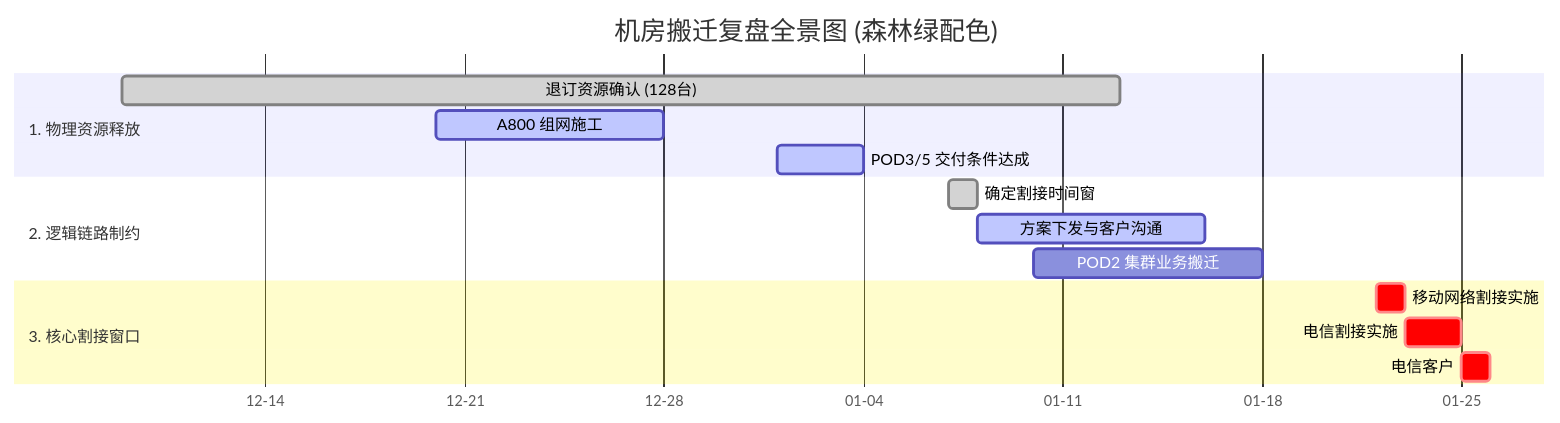
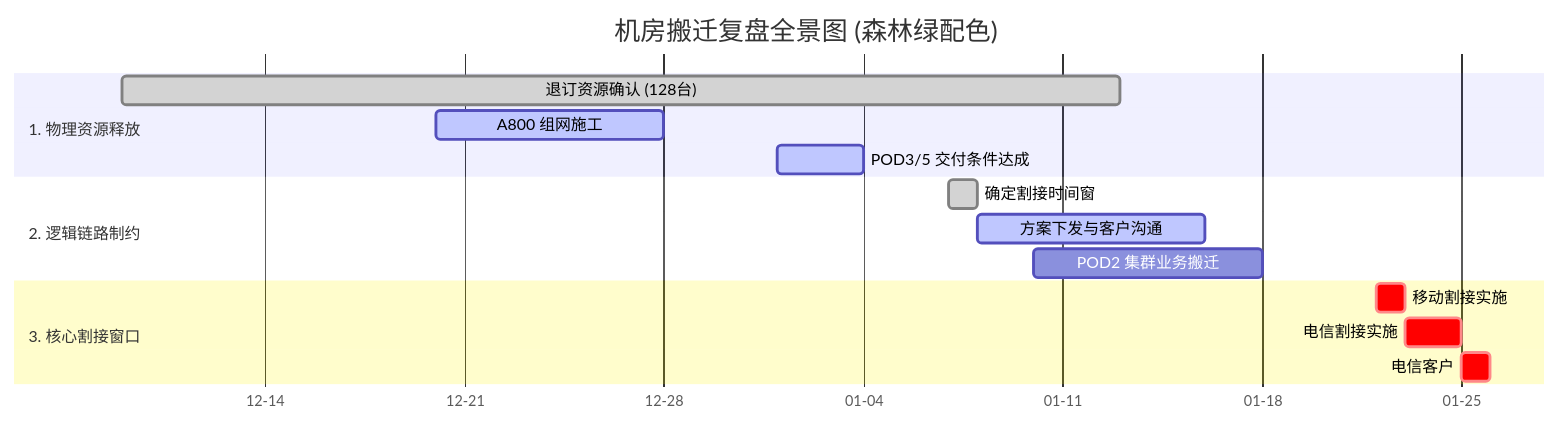
One commit to lasonlixin/iodraw-files changed the diagram in all/未命名.md. Above: the diagram before and after it, drawn with Mermaid.

Commit message:
2026-02-03 10:55:05 update

````diff
--- a/all/未命名.md
+++ b/all/未命名.md
@@ -1,45 +1,45 @@
 ```mermaid
 %%{init: {
   'theme': 'base',
   'themeVariables': {
     'fontFamily': 'arial, sans-serif',
     'fontSize': '14px',
     /* 全局背景与文字 */
     'primaryColor': '#c8e6c9',
     'primaryTextColor': '#1b5e20',
     'primaryBorderColor': '#81c784',
     /* 已完成任务（浅绿） */
     'doneSectionBkgColor': '#f1f8e9',
     'doneSectionBorderColor': '#c5e1a5',
     /* 进行中/活动任务（翠绿） */
     'activeSectionBkgColor': '#a5d6a7',
     'activeSectionBorderColor': '#66bb6a',
     /* 关键路径/核心割接（深绿 - 保证文字对比度） */
     'critSectionBkgColor': '#2e7d32',
     'critSectionBorderColor': '#1b5e20',
     'critTextColor': '#ffffff',
     /* 连线与轴 */
     'lineColor': '#4caf50',
     'gridColor': '#e8f5e9'
   }
 }}%%
 gantt
     title 机房搬迁复盘全景图 (森林绿配色)
     dateFormat  YYYY-MM-DD
     axisFormat %m-%d
 
     section 1. 物理资源释放
     退订资源确认 (128台)           :done, a1, 2025-12-09, 2026-01-13
     A800 组网施工                 :active, a2, 2025-12-20, 2025-12-28
     POD3/5 交付条件达成            :active, a3, 2026-01-01, 2026-01-04
 
     section 2. 逻辑链路制约
     确定割接时间窗                :done, b1, 2026-01-07, 1d
     方案下发与客户沟通            :active, b2, 2026-01-08, 2026-01-16
     POD2 集群业务搬迁             :b3, 2026-01-10, 2026-01-18
 
     section 3. 核心割接窗口
-    移动网络割接实施              :crit, c1, 2026-01-22, 1d
+    移动割接实施              :crit, c1, 2026-01-22, 1d
     电信割接实施              :crit, c2, 2026-01-23, 2d
     电信客户             :crit, c3, after c2, 1d
 ```
````
